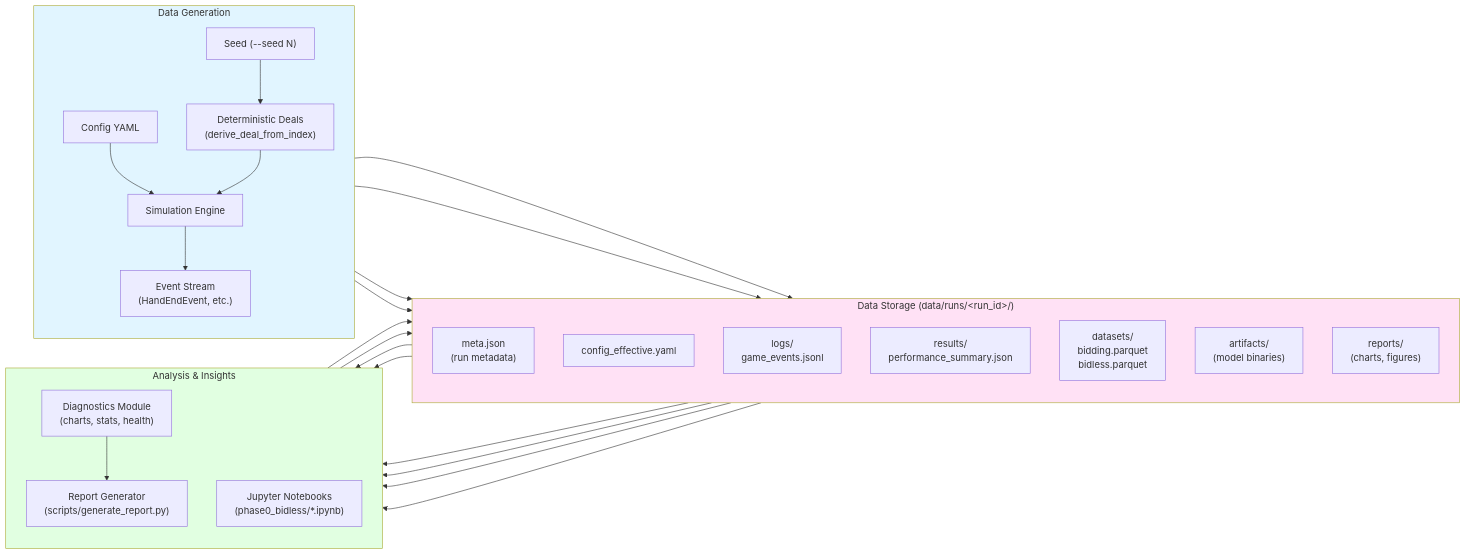
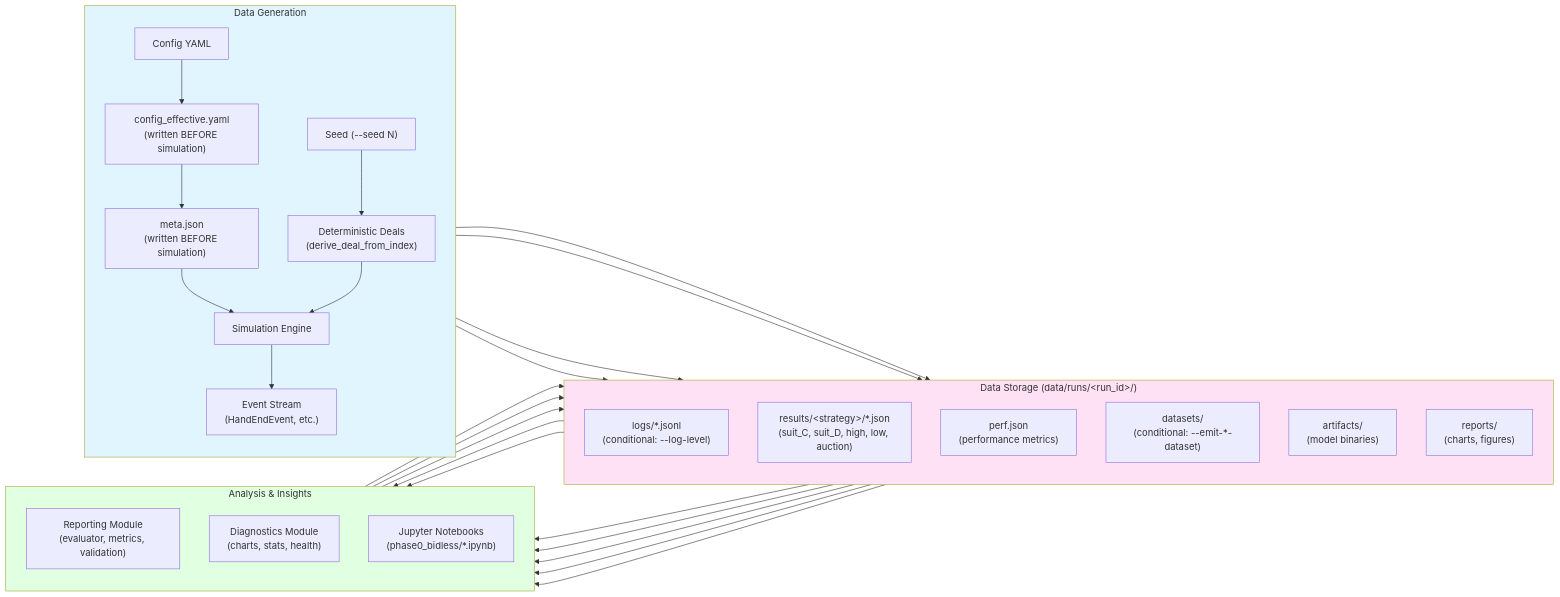
One commit to Questuart/Bid-Euchre changed the third of 8 diagrams in docs/FLOW_DIAGRAM.md. Above: the diagram before and after it, drawn with Mermaid. The commit also changed other lines of this file, not shown here.

First line of the commit message:
docs: align FLOW_DIAGRAM with current execution + artifacts

````diff
--- a/docs/FLOW_DIAGRAM.md
+++ b/docs/FLOW_DIAGRAM.md
@@ -137,51 +166,53 @@
 ```mermaid
 flowchart LR
     subgraph Generation["Data Generation"]
         direction TB
         Seed["Seed (--seed N)"]
         Config["Config YAML"]
+        Config --> ConfigEff["config_effective.yaml<br/>(written BEFORE simulation)"]
+        ConfigEff --> Meta["meta.json<br/>(written BEFORE simulation)"]
         Seed --> Deals["Deterministic Deals<br/>(derive_deal_from_index)"]
-        Config --> Sim["Simulation Engine"]
+        Meta --> Sim["Simulation Engine"]
         Deals --> Sim
         Sim --> Events["Event Stream<br/>(HandEndEvent, etc.)"]
     end
 
     subgraph Storage["Data Storage (data/runs/&lt;run_id&gt;/)"]
         direction TB
-        Meta["meta.json<br/>(run metadata)"]
-        ConfigEff["config_effective.yaml"]
-        Logs["logs/<br/>game_events.jsonl"]
-        Results["results/<br/>performance_summary.json"]
-        Datasets["datasets/<br/>bidding.parquet<br/>bidless.parquet"]
+        Logs["logs/*.jsonl<br/>(conditional: --log-level)"]
+        Results["results/&lt;strategy&gt;/*.json<br/>(suit_C, suit_D, high, low, auction)"]
+        Perf["perf.json<br/>(performance metrics)"]
+        Datasets["datasets/<br/>(conditional: --emit-*-dataset)"]
         Artifacts["artifacts/<br/>(model binaries)"]
         Reports["reports/<br/>(charts, figures)"]
     end
 
     subgraph Analysis["Analysis & Insights"]
         direction TB
+        Reporting["Reporting Module<br/>(evaluator, metrics, validation)"]
         Diagnostics["Diagnostics Module<br/>(charts, stats, health)"]
         Notebooks["Jupyter Notebooks<br/>(phase0_bidless/*.ipynb)"]
-        ReportGen["Report Generator<br/>(scripts/generate_report.py)"]
     end
 
-    Events --> Meta
     Events --> Logs
     Events --> Results
+    Events --> Perf
     Events --> Datasets
 
+    Results --> Reporting
     Logs --> Diagnostics
     Results --> Diagnostics
     Datasets --> Diagnostics
 
     Logs --> Notebooks
     Results --> Notebooks
     Datasets --> Notebooks
 
+    Reporting --> Reports
     Diagnostics --> Reports
-    Diagnostics --> ReportGen
     Notebooks --> Reports
 
     style Generation fill:#e1f5ff
     style Storage fill:#ffe1f5
     style Analysis fill:#e1ffe1
 ```
````
